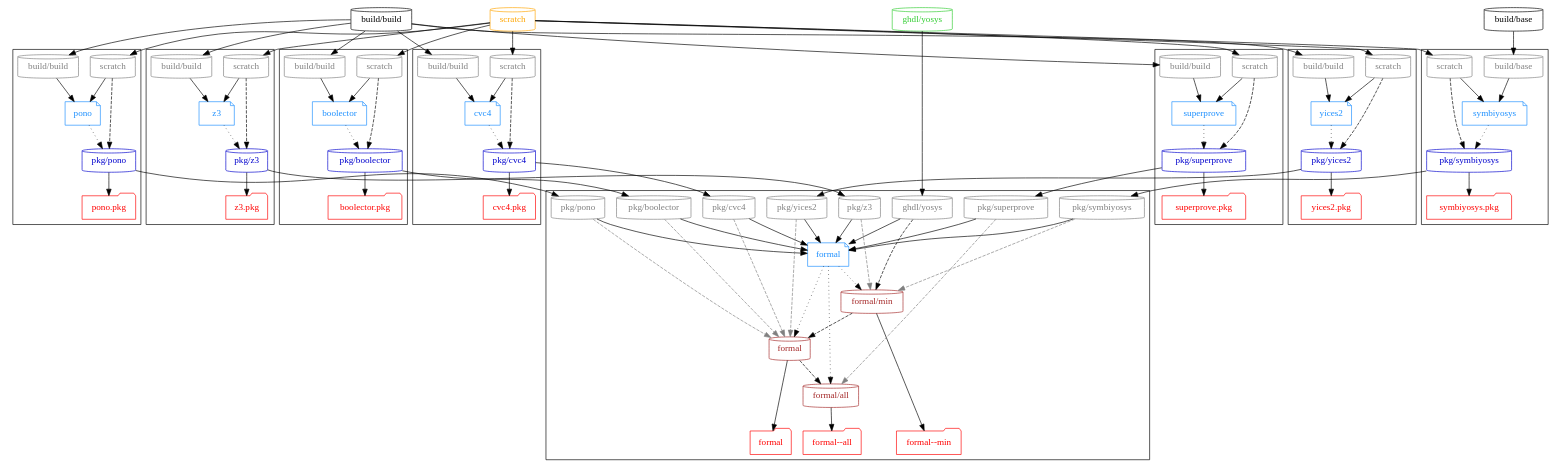
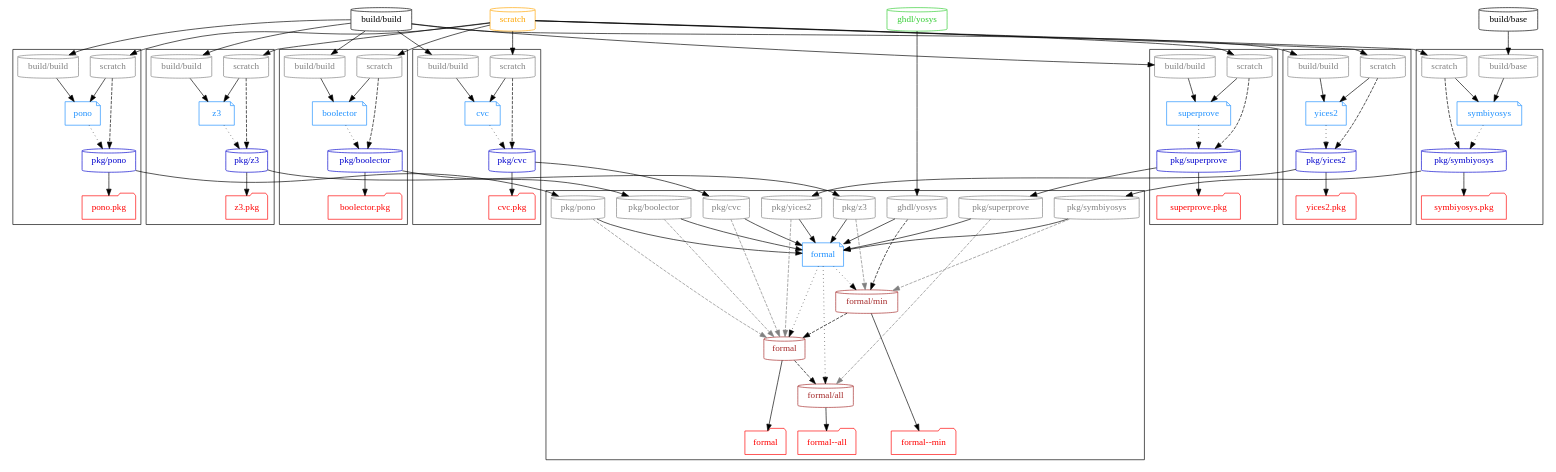
Before and after one commit to hdl/containers: the diagram in graph/formal.dot, drawn with Graphviz. The commit also changed 9 other files, not shown here.

```diff
--- a/graph/formal.dot
+++ b/graph/formal.dot
@@ -27,7 +27,7 @@
   { node [shape=note, color=dodgerblue, fontcolor=dodgerblue]
     d_boolector   [label="boolector"];
     d_pono        [label="pono"];
-    d_cvc4        [label="cvc4"];
+    d_cvc        [label="cvc"];
     d_formal      [label="formal"];
     d_superprove  [label="superprove"];
     d_symbiyosys  [label="symbiyosys"];
@@ -45,7 +45,7 @@
     }
     { node [color=mediumblue, fontcolor=mediumblue]
       "pkg/boolector"
-      "pkg/cvc4"
+      "pkg/cvc"
       "pkg/pono"
       "pkg/superprove"
       "pkg/symbiyosys"
@@ -88,18 +88,18 @@
     "pkg/boolector" -> "t_pkg/boolector";
   }
 
-  subgraph cluster_cvc4 {
+  subgraph cluster_cvc {
     { rank=same
       node [shape=cylinder, color=grey, fontcolor=grey]
-      "p_cvc4_scratch" [label="scratch"]
-      "p_cvc4_build/build" [label="build/build"]
+      "p_cvc_scratch" [label="scratch"]
+      "p_cvc_build/build" [label="build/build"]
     }
 
-    d_cvc4 -> "pkg/cvc4" [style=dotted];
+    d_cvc -> "pkg/cvc" [style=dotted];
 
-    "t_pkg/cvc4" [shape=folder, color=red, fontcolor=red, label="cvc4.pkg"];
+    "t_pkg/cvc" [shape=folder, color=red, fontcolor=red, label="cvc.pkg"];
 
-    "pkg/cvc4" -> "t_pkg/cvc4";
+    "pkg/cvc" -> "t_pkg/cvc";
   }
 
   subgraph cluster_pono {
@@ -176,7 +176,7 @@
     { rank=same
       node [shape=cylinder, color=grey, fontcolor=grey]
       "p_formal_boolector" [label="pkg/boolector"]
-      "p_formal_cvc4" [label="pkg/cvc4"]
+      "p_formal_cvc" [label="pkg/cvc"]
       "p_formal_ghdl" [label="ghdl/yosys"]
       "p_formal_pono" [label="pkg/pono"]
       "p_formal_symbiyosys" [label="pkg/symbiyosys"]
@@ -205,7 +205,7 @@
 
   { rank=same
     d_boolector
-    d_cvc4
+    d_cvc
     d_pono
     d_superprove
     d_symbiyosys
@@ -218,13 +218,13 @@
   "build/build" -> "p_boolector_build/build" -> d_boolector;
   "scratch" -> "p_boolector_scratch" -> d_boolector;
 
-  "build/build" -> "p_cvc4_build/build" -> d_cvc4;
-  "scratch" -> "p_cvc4_scratch" -> d_cvc4;
+  "build/build" -> "p_cvc_build/build" -> d_cvc;
+  "scratch" -> "p_cvc_scratch" -> d_cvc;
 
   "ghdl/yosys" -> "p_formal_ghdl" -> d_formal;
   "pkg/symbiyosys" -> "p_formal_symbiyosys" -> d_formal;
   "pkg/boolector" -> "p_formal_boolector" -> d_formal;
-  "pkg/cvc4" -> "p_formal_cvc4" -> d_formal;
+  "pkg/cvc" -> "p_formal_cvc" -> d_formal;
   "pkg/pono" -> "p_formal_pono" -> d_formal;
   "pkg/yices2" -> "p_formal_yices2" -> d_formal;
   "pkg/superprove" -> "p_formal_superprove" -> d_formal;
@@ -249,7 +249,7 @@
 
   { edge [style=dashed]
     "p_boolector_scratch" -> "pkg/boolector";
-    "p_cvc4_scratch" -> "pkg/cvc4";
+    "p_cvc_scratch" -> "pkg/cvc";
     "p_formal_ghdl" -> "formal/min" -> "formal" -> "formal/all";
     "p_pono_scratch" -> "pkg/pono";
     "p_superprove_scratch" -> "pkg/superprove";
@@ -266,7 +266,7 @@
 
     {
       "p_formal_boolector",
-      "p_formal_cvc4",
+      "p_formal_cvc",
       "p_formal_pono",
       "p_formal_yices2"
     } -> "formal";
```
